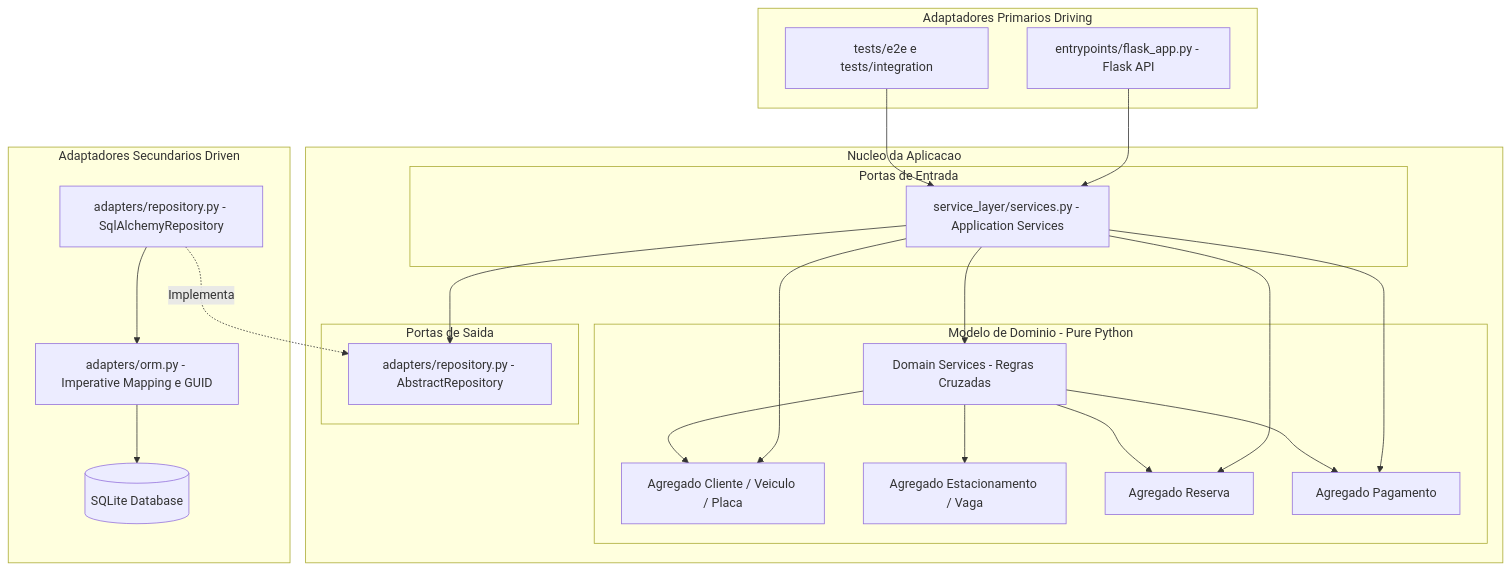
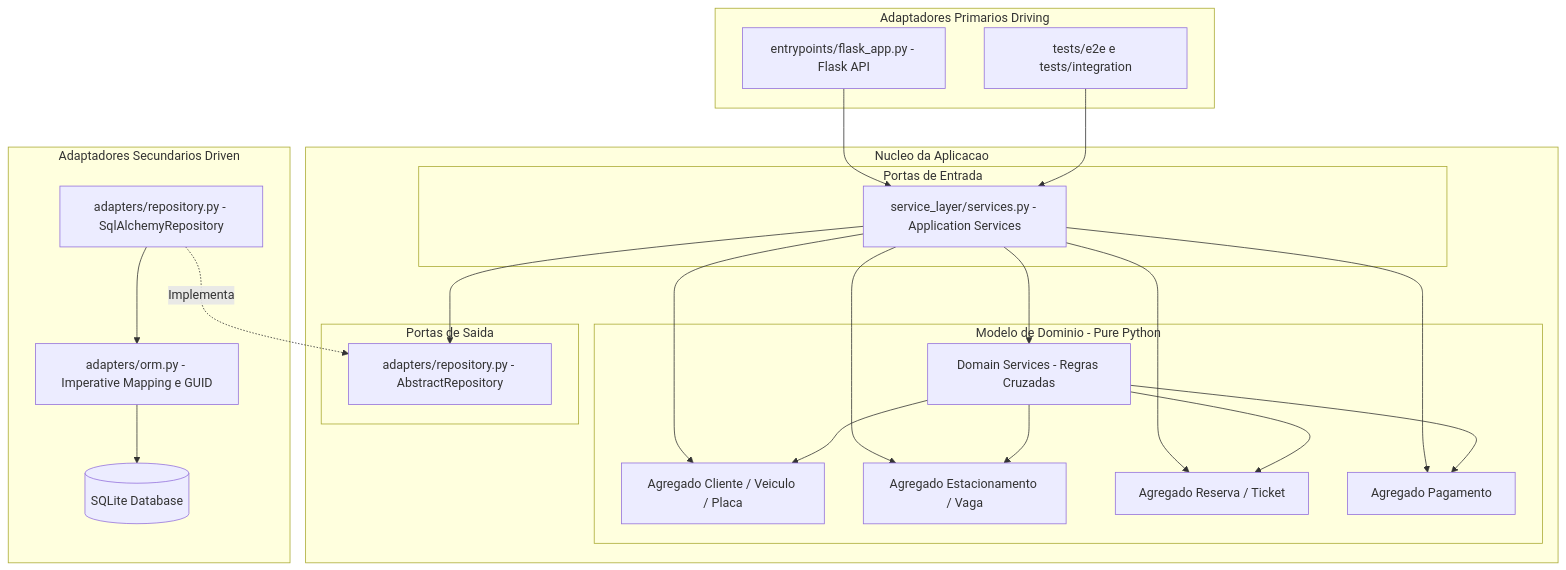
The diagram in RESPOSTAS.md (kndysoares/exAv1-projeto-de-software-hemocentro-bolsa-de-sangue), drawn with Mermaid before and after one commit. The commit also changed other lines of this file, not shown here.

Commit message:
Update RESPOSTAS.md teste
teste

````diff
--- a/RESPOSTAS.md
+++ b/RESPOSTAS.md
@@ -42,49 +42,50 @@
 ```mermaid
 graph TD
     subgraph Driving_Adapters [Adaptadores Primarios Driving]
         FlaskAPI[entrypoints/flask_app.py - Flask API]
         TestRunner[tests/e2e e tests/integration]
     end
 
     subgraph Core [Nucleo da Aplicacao]
         subgraph Ports_Entry [Portas de Entrada]
             ServiceLayer[service_layer/services.py - Application Services]
         end
 
         subgraph Domain [Modelo de Dominio - Pure Python]
             ClienteAggregate[Agregado Cliente / Veiculo / Placa]
             EstacionamentoAggregate[Agregado Estacionamento / Vaga]
-            ReservaAggregate[Agregado Reserva]
+            ReservaAggregate[Agregado Reserva / Ticket]
             PagamentoAggregate[Agregado Pagamento]
             DomainServices[Domain Services - Regras Cruzadas]
         end
 
         subgraph Ports_Exit [Portas de Saida]
             AbstractRepo[adapters/repository.py - AbstractRepository]
         end
     end
 
     subgraph Driven_Adapters [Adaptadores Secundarios Driven]
         SqlRepo[adapters/repository.py - SqlAlchemyRepository]
         ORM[adapters/orm.py - Imperative Mapping e GUID]
         DB[(SQLite Database)]
     end
 
     FlaskAPI --> ServiceLayer
     TestRunner --> ServiceLayer
     
     ServiceLayer --> DomainServices
     ServiceLayer --> ClienteAggregate
+    ServiceLayer --> EstacionamentoAggregate
     ServiceLayer --> ReservaAggregate
     ServiceLayer --> PagamentoAggregate
     ServiceLayer --> AbstractRepo
 
     DomainServices --> ClienteAggregate
     DomainServices --> EstacionamentoAggregate
     DomainServices --> ReservaAggregate
     DomainServices --> PagamentoAggregate
 
     SqlRepo -.->|Implementa| AbstractRepo
     SqlRepo --> ORM
     ORM --> DB
 ```
````
